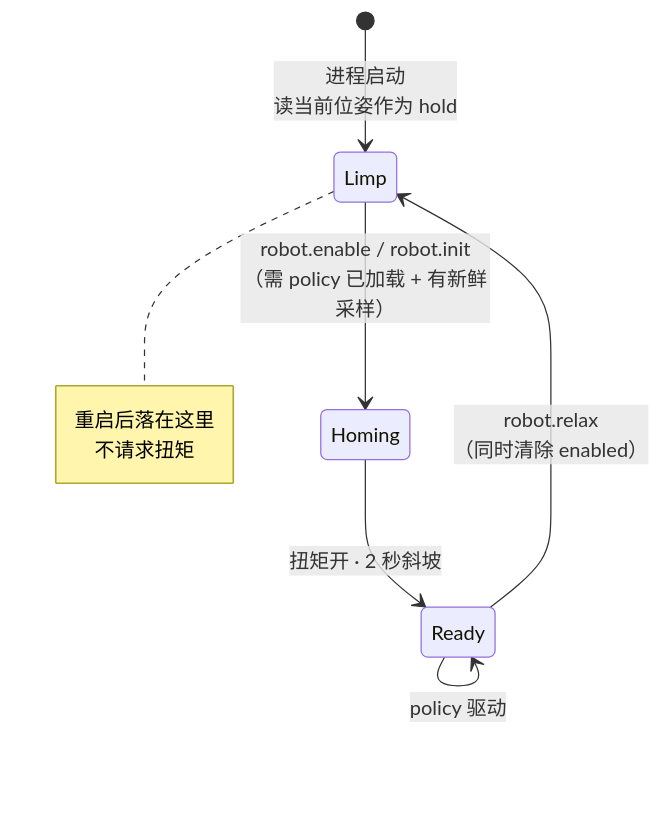
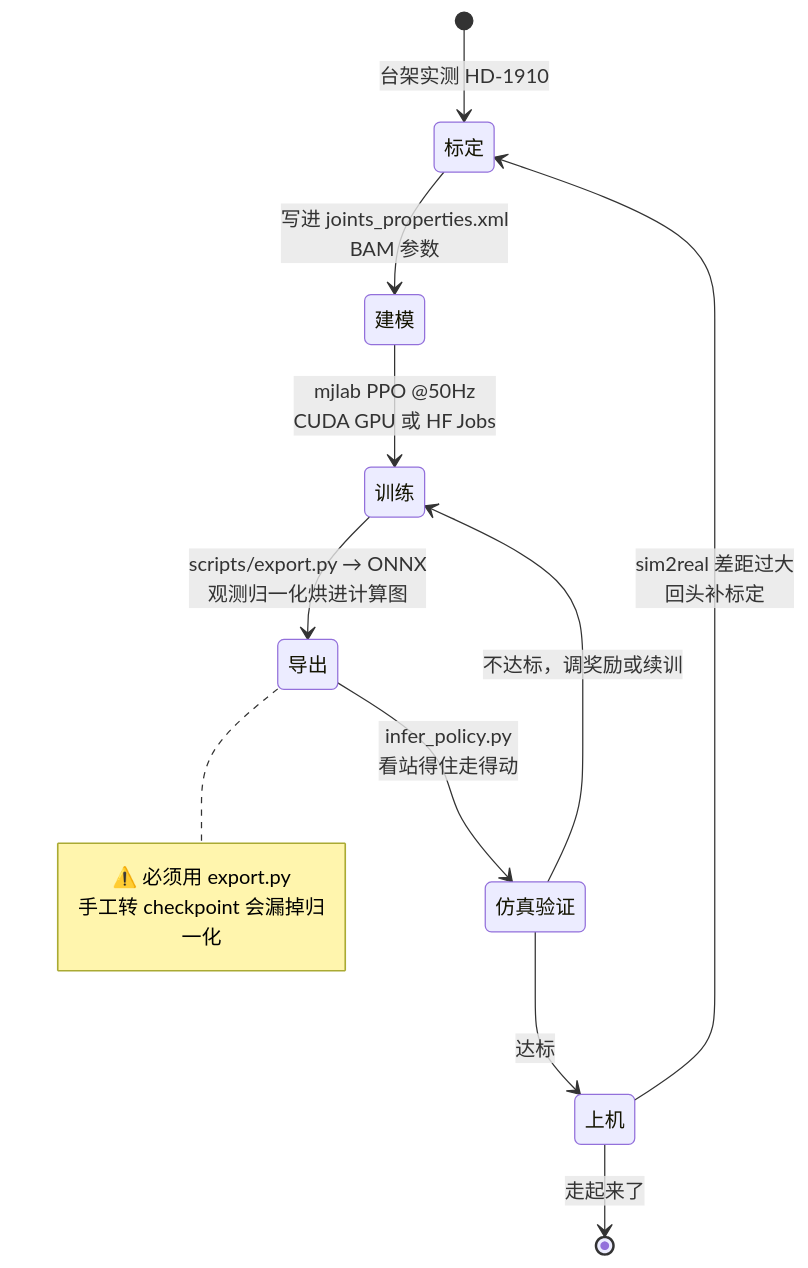
The second of 2 diagrams in software/AGENTS.md (raphael2053/microduck-rebuild), drawn with Mermaid before and after one commit. The commit also changed other lines of this file and 10 other files, not shown here.

````diff
--- a/software/AGENTS.md
+++ b/software/AGENTS.md
@@ -75,9 +56,13 @@
 ```mermaid
 stateDiagram-v2
-    [*] --> Limp: 进程启动<br/>读当前位姿作为 hold
-    Limp --> Homing: robot.enable / robot.init<br/>（需 policy 已加载 + 有新鲜采样）
-    Homing --> Ready: 扭矩开 · 2 秒斜坡
-    Ready --> Limp: robot.relax<br/>（同时清除 enabled）
-    Ready --> Ready: policy 驱动
-    note right of Limp: 重启后落在这里<br/>不请求扭矩
+    [*] --> 标定: 台架实测 HD-1910
+    标定 --> 建模: 写进 joints_properties.xml<br/>BAM 参数
+    建模 --> 训练: mjlab PPO @50Hz<br/>CUDA GPU 或 HF Jobs
+    训练 --> 导出: scripts/export.py → ONNX<br/>观测归一化烘进计算图
+    导出 --> 仿真验证: infer_policy.py<br/>看站得住走得动
+    仿真验证 --> 训练: 不达标，调奖励或续训
+    仿真验证 --> 上机: 达标
+    上机 --> 标定: sim2real 差距过大<br/>回头补标定
+    上机 --> [*]: 走起来了
+    note right of 导出: ⚠️ 必须用 export.py<br/>手工转 checkpoint 会漏掉归一化
 ```
````
